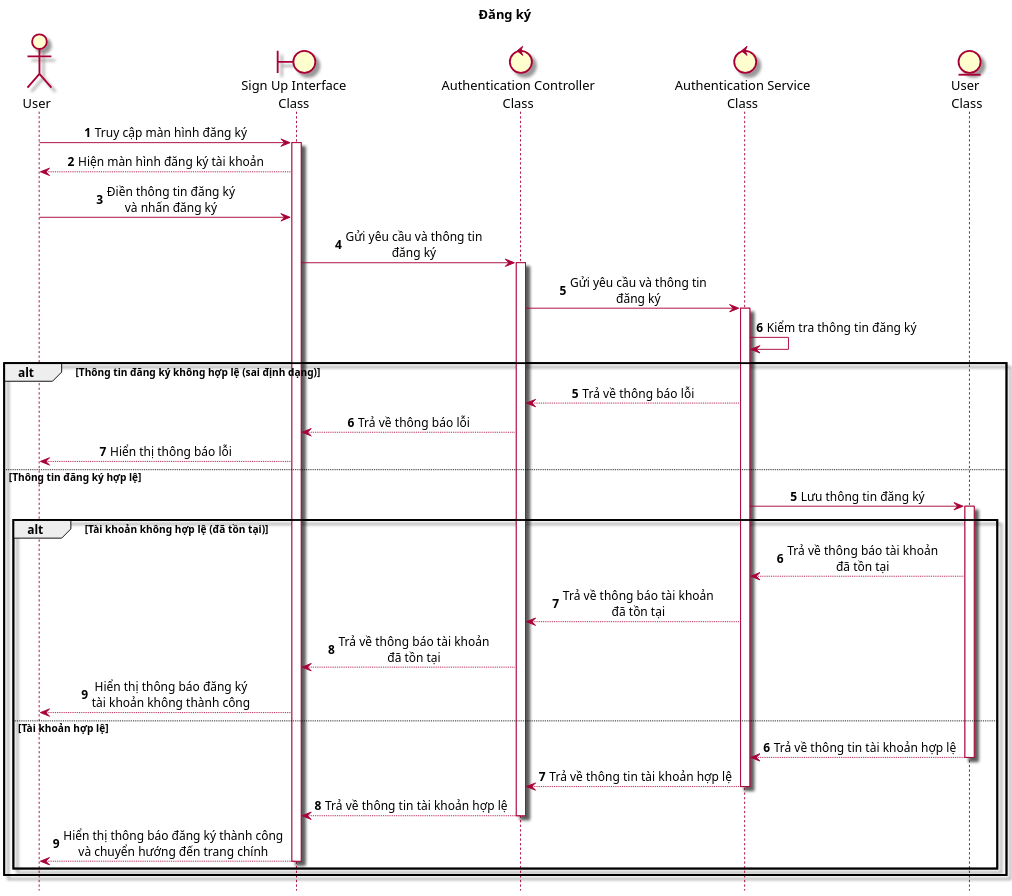
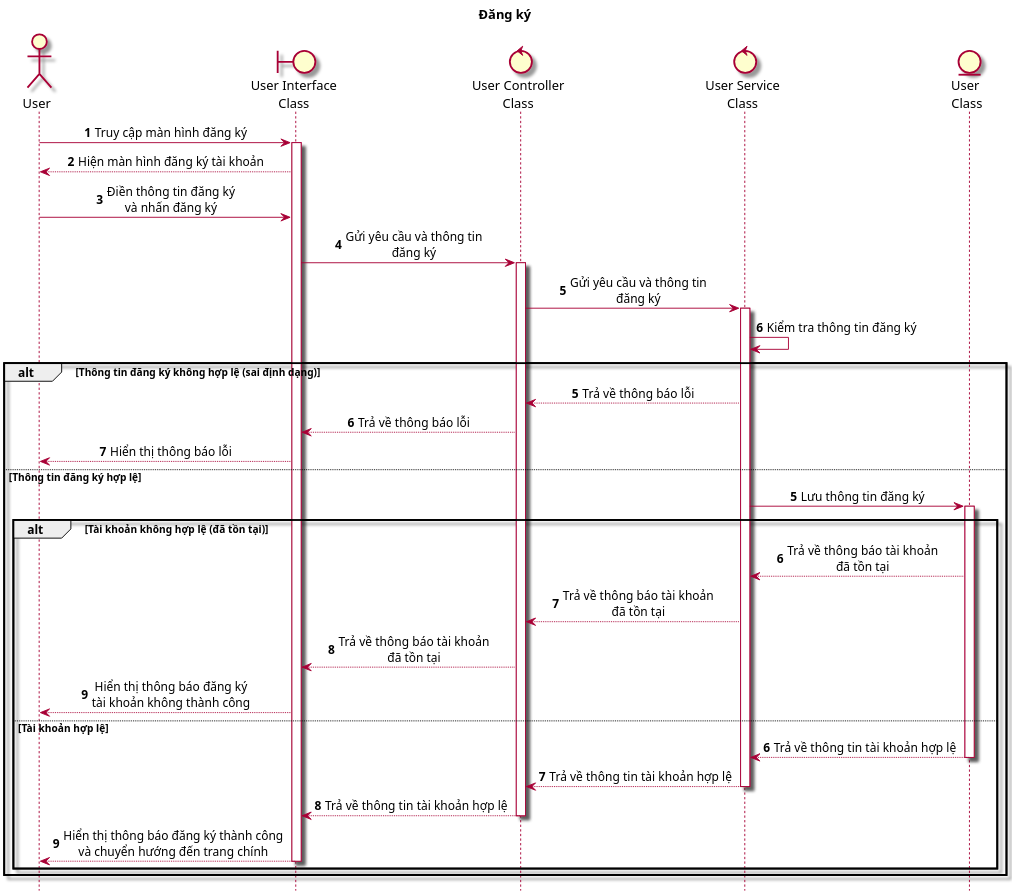
Before and after one commit to Griselda4774/WanderFun_Diagram: the diagram in Sequence/SEQ02_SignUp.puml, drawn with PlantUML. The commit also changed 16 other files, not shown here.

Commit message:
Done Sequence task

```diff
--- a/Sequence/SEQ02_SignUp.puml
+++ b/Sequence/SEQ02_SignUp.puml
@@ -1,62 +1,62 @@
 @startuml SEQ02_signUp
     title: Đăng ký
 
     skin rose
     scale 2
     skinparam sequenceMessageAlign center
     hide footbox
 
     actor "User" as user
-    boundary "Sign Up Interface\nClass" as ui
-    control "Authentication Controller\nClass" as ctr
-    control "Authentication Service\nClass" as sv
+    boundary "User Interface\nClass" as ui
+    control "User Controller\nClass" as ctr
+    control "User Service\nClass" as sv
     entity "User \nClass" as ent
 
     autonumber
 
     user -> ui: Truy cập màn hình đăng ký
     ui ++
     ui --> user: Hiện màn hình đăng ký tài khoản
     user -> ui: Điền thông tin đăng ký\nvà nhấn đăng ký
     ui -> ctr: Gửi yêu cầu và thông tin\nđăng ký
     ctr++
     ctr -> sv: Gửi yêu cầu và thông tin\nđăng ký
     sv++
     sv -> sv: Kiểm tra thông tin đăng ký
     
     alt Thông tin đăng ký không hợp lệ (sai định dạng)
 
         autonumber 5
 
         sv --> ctr: Trả về thông báo lỗi
         ctr --> ui: Trả về thông báo lỗi
         ui --> user: Hiển thị thông báo lỗi
 
     else Thông tin đăng ký hợp lệ
 
         autonumber 5
 
         sv -> ent: Lưu thông tin đăng ký
         ent ++
 
         alt Tài khoản không hợp lệ (đã tồn tại)
             ent --> sv: Trả về thông báo tài khoản\nđã tồn tại
             sv --> ctr: Trả về thông báo tài khoản\nđã tồn tại
             ctr --> ui: Trả về thông báo tài khoản\nđã tồn tại
             ui --> user: Hiển thị thông báo đăng ký\ntài khoản không thành công
         
         else Tài khoản hợp lệ
 
             autonumber 6
 
             ent --> sv: Trả về thông tin tài khoản hợp lệ
             ent -- 
             sv --> ctr: Trả về thông tin tài khoản hợp lệ
             sv --
             ctr --> ui: Trả về thông tin tài khoản hợp lệ
             ctr -- 
             ui --> user: Hiển thị thông báo đăng ký thành công\nvà chuyển hướng đến trang chính
             ui --
         end
     end
 @enduml
```
